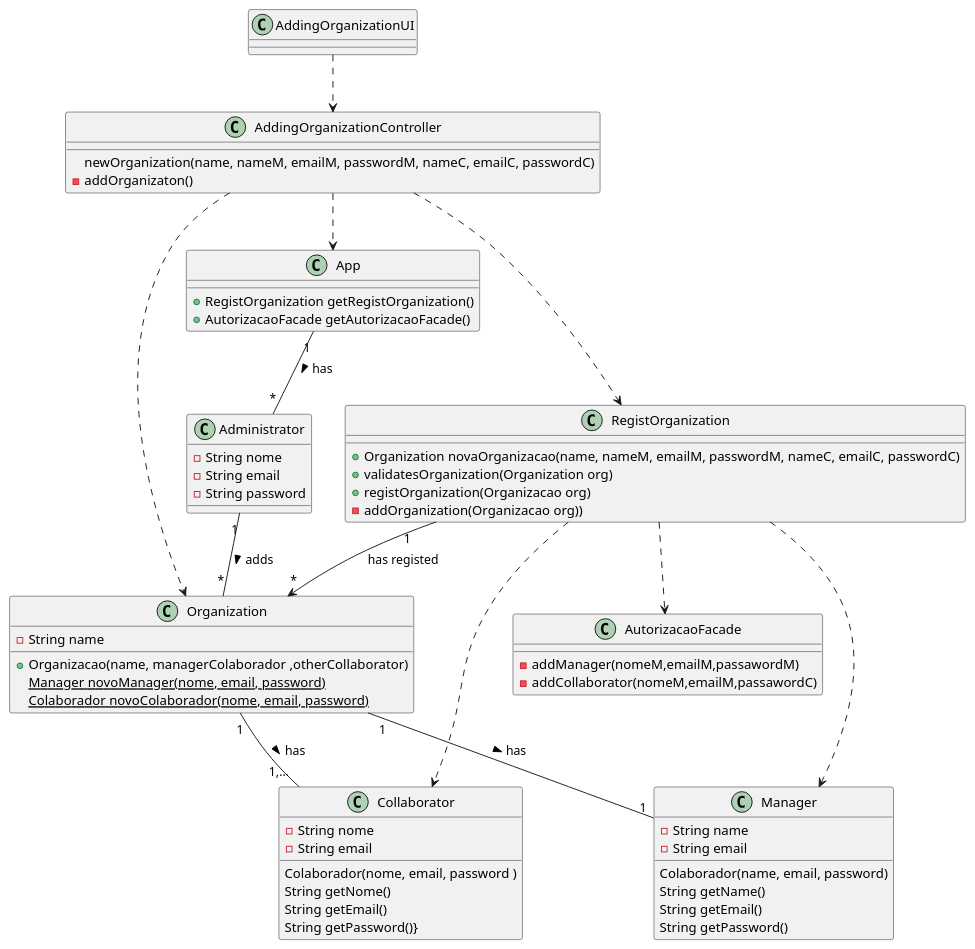
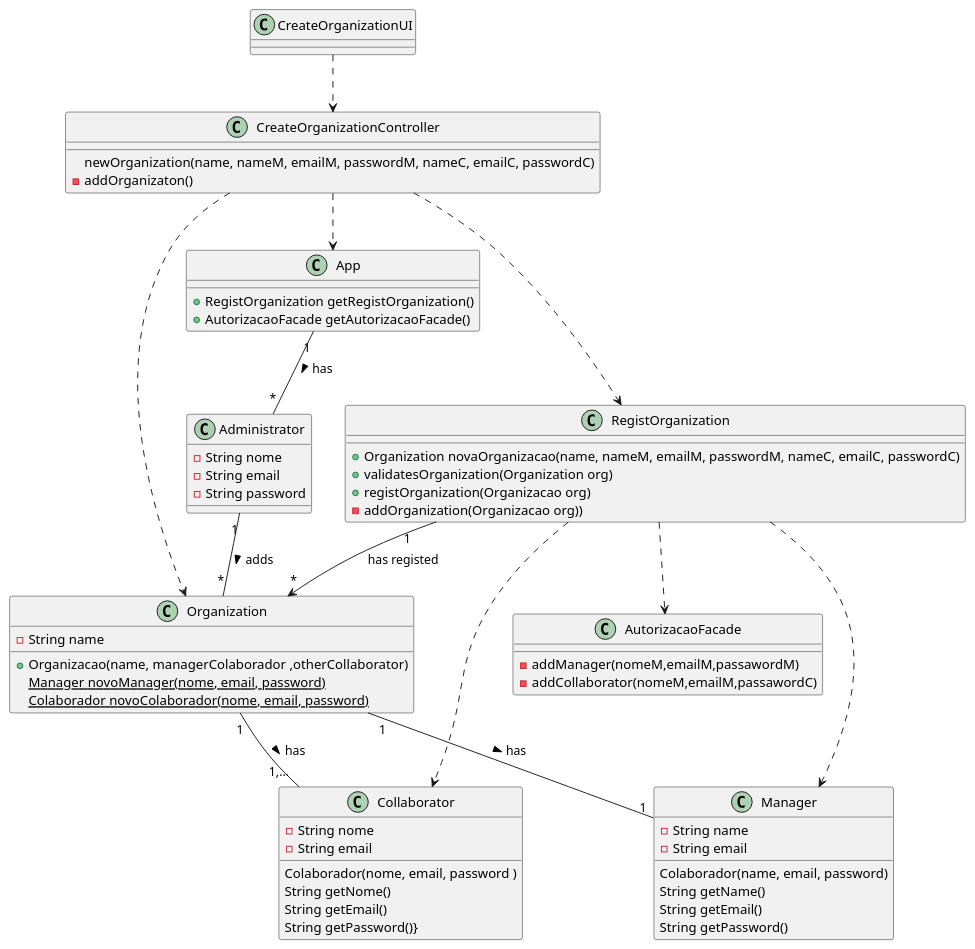
The diagram in docs/UC_08/UC08_CD.puml (botelho-io/lapr2-2020-g029), drawn with PlantUML before and after one commit. The commit also changed 20 other files, not shown here.

```diff
--- a/docs/UC_08/UC08_CD.puml
+++ b/docs/UC_08/UC08_CD.puml
@@ -1,74 +1,74 @@
 @startuml
 
 class Collaborator {
   -String nome
   -String email
   Colaborador(nome, email, password )
   String getNome()
   String getEmail()
   String getPassword()}
 }
 
 class Manager {
   -String name
   -String email
   Colaborador(name, email, password)
   String getName()
   String getEmail()
   String getPassword()
 }
 
 class Administrator {
 - String nome
 - String email
 - String password
 }
 
 class Organization {
   -String name
   +Organizacao(name, managerColaborador ,otherCollaborator)
   {static} Manager novoManager(nome, email, password)
   {static} Colaborador novoColaborador(nome, email, password)
 }
 
 class App {
 
   + RegistOrganization getRegistOrganization()
   + AutorizacaoFacade getAutorizacaoFacade()
 }
 
 class RegistOrganization {
   +Organization novaOrganizacao(name, nameM, emailM, passwordM, nameC, emailC, passwordC)
   +validatesOrganization(Organization org)
   +registOrganization(Organizacao org)
   -addOrganization(Organizacao org))
 }
 
 class AutorizacaoFacade {
    - addManager(nomeM,emailM,passawordM)
    - addCollaborator(nomeM,emailM,passawordC)
 }
 
-class AddingOrganizationController {
+class CreateOrganizationController {
     newOrganization(name, nameM, emailM, passwordM, nameC, emailC, passwordC)
    - addOrganizaton()
 }
 
-class AddingOrganizationUI {
+class CreateOrganizationUI {
 }
 
-AddingOrganizationUI ..> AddingOrganizationController
-AddingOrganizationController ..> RegistOrganization
-AddingOrganizationController ..> App
-AddingOrganizationController ..> Organization
+CreateOrganizationUI ..> CreateOrganizationController
+CreateOrganizationController ..> RegistOrganization
+CreateOrganizationController ..> App
+CreateOrganizationController ..> Organization
 RegistOrganization"1" --> "*" Organization : has registed
 RegistOrganization ..> Collaborator
 RegistOrganization ..> Manager
 RegistOrganization ..> AutorizacaoFacade
 
 Organization                 "1" -- "1,..."  Collaborator    : has >
 Organization                 "1" -- "1"      Manager        : has >
 Administrator                "1" -- "*"      Organization   : adds >
 App                          "1" -- "*"      Administrator  : has >
 
 @enduml
```
